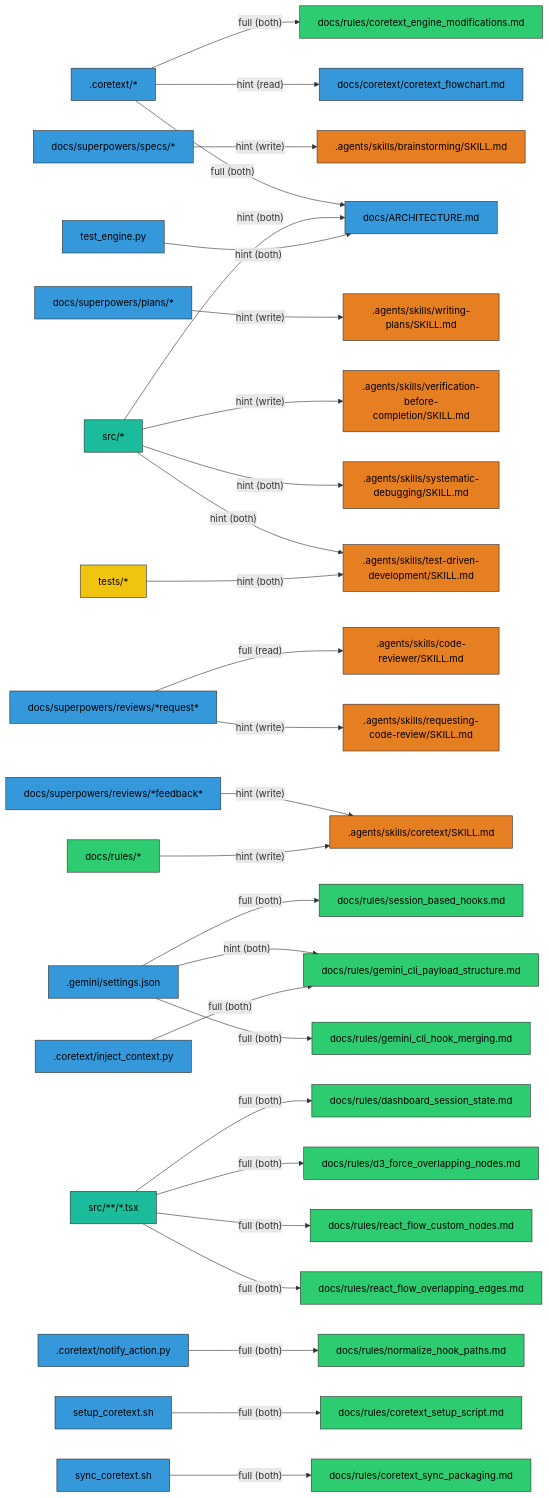
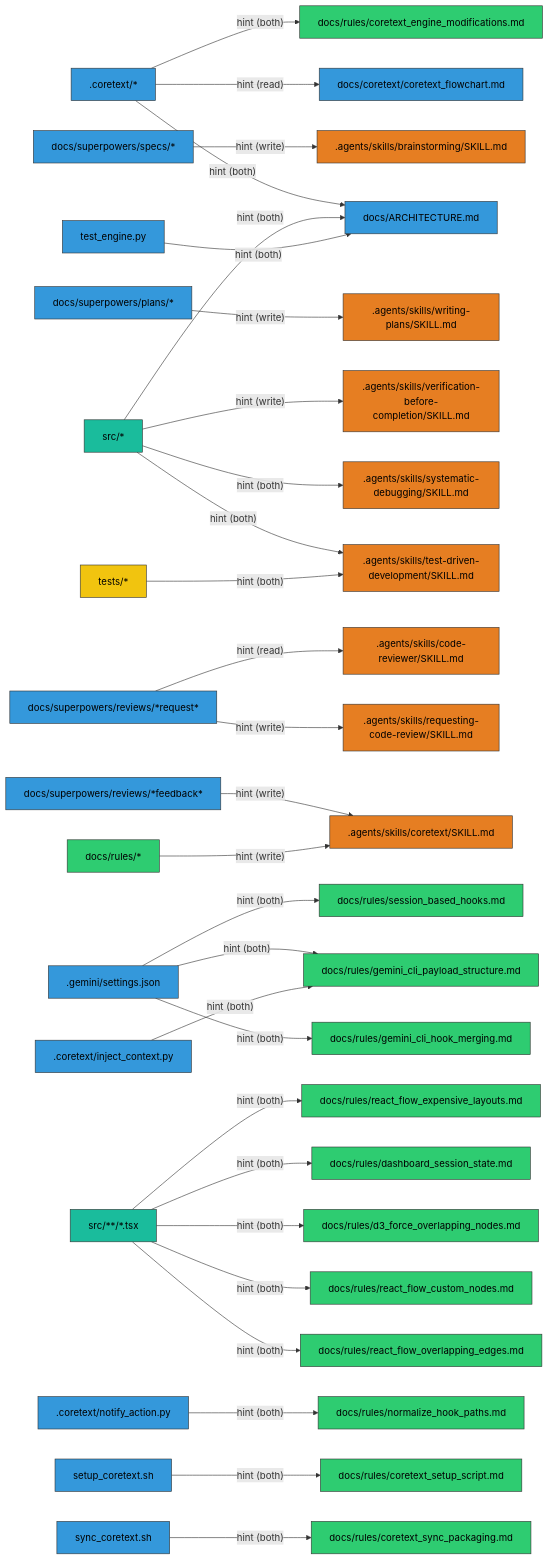
Before and after one commit to coretexthq/coretext: the diagram in docs/coretext/graph.md, drawn with Mermaid. The commit also changed 4 other files, not shown here.

Commit message:
refactor: update graph documentation and initialize session state files for coretext management

````diff
--- a/docs/coretext/graph.md
+++ b/docs/coretext/graph.md
@@ -5,74 +5,76 @@
 ```mermaid
 graph LR
     classDef agents fill:#2c3e50,stroke:#333,stroke-width:1px,color:white;
     classDef skills fill:#e67e22,stroke:#333,stroke-width:1px,color:black;
     classDef docs fill:#3498db,stroke:#333,stroke-width:1px,color:black;
     classDef rules fill:#2ecc71,stroke:#333,stroke-width:1px,color:black;
     classDef templates fill:#9b59b6,stroke:#333,stroke-width:1px,color:white;
     classDef archive fill:#95a5a6,stroke:#333,stroke-width:1px,color:black;
     classDef coretext fill:#e74c3c,stroke:#333,stroke-width:1px,color:white;
     classDef src fill:#1abc9c,stroke:#333,stroke-width:1px,color:black;
     classDef tests fill:#f1c40f,stroke:#333,stroke-width:1px,color:black;
-    _coretext_*[".coretext/*"] -->|"full (both)"| docs_ARCHITECTURE_md["docs/ARCHITECTURE.md"]
+    _coretext_*[".coretext/*"] -->|"hint (both)"| docs_ARCHITECTURE_md["docs/ARCHITECTURE.md"]
     _coretext_*[".coretext/*"] -->|"hint (read)"| docs_coretext_coretext_flowchart_md["docs/coretext/coretext_flowchart.md"]
-    _coretext_*[".coretext/*"] -->|"full (both)"| docs_rules_coretext_engine_modifications_md["docs/rules/coretext_engine_modifications.md"]
+    _coretext_*[".coretext/*"] -->|"hint (both)"| docs_rules_coretext_engine_modifications_md["docs/rules/coretext_engine_modifications.md"]
     docs_superpowers_specs_*["docs/superpowers/specs/*"] -->|"hint (write)"| _agents_skills_brainstorming_SKILL_md[".agents/skills/brainstorming/SKILL.md"]
     docs_superpowers_plans_*["docs/superpowers/plans/*"] -->|"hint (write)"| _agents_skills_writing_plans_SKILL_md[".agents/skills/writing-plans/SKILL.md"]
     src_*["src/*"] -->|"hint (both)"| docs_ARCHITECTURE_md["docs/ARCHITECTURE.md"]
     src_*["src/*"] -->|"hint (both)"| _agents_skills_test_driven_development_SKILL_md[".agents/skills/test-driven-development/SKILL.md"]
     src_*["src/*"] -->|"hint (both)"| _agents_skills_systematic_debugging_SKILL_md[".agents/skills/systematic-debugging/SKILL.md"]
     src_*["src/*"] -->|"hint (write)"| _agents_skills_verification_before_completion_SKILL_md[".agents/skills/verification-before-completion/SKILL.md"]
     tests_*["tests/*"] -->|"hint (both)"| _agents_skills_test_driven_development_SKILL_md[".agents/skills/test-driven-development/SKILL.md"]
     docs_superpowers_reviews_*request*["docs/superpowers/reviews/*request*"] -->|"hint (write)"| _agents_skills_requesting_code_review_SKILL_md[".agents/skills/requesting-code-review/SKILL.md"]
-    docs_superpowers_reviews_*request*["docs/superpowers/reviews/*request*"] -->|"full (read)"| _agents_skills_code_reviewer_SKILL_md[".agents/skills/code-reviewer/SKILL.md"]
+    docs_superpowers_reviews_*request*["docs/superpowers/reviews/*request*"] -->|"hint (read)"| _agents_skills_code_reviewer_SKILL_md[".agents/skills/code-reviewer/SKILL.md"]
     docs_superpowers_reviews_*feedback*["docs/superpowers/reviews/*feedback*"] -->|"hint (write)"| _agents_skills_coretext_SKILL_md[".agents/skills/coretext/SKILL.md"]
     docs_rules_*["docs/rules/*"] -->|"hint (write)"| _agents_skills_coretext_SKILL_md[".agents/skills/coretext/SKILL.md"]
     test_engine_py["test_engine.py"] -->|"hint (both)"| docs_ARCHITECTURE_md["docs/ARCHITECTURE.md"]
     _gemini_settings_json[".gemini/settings.json"] -->|"hint (both)"| docs_rules_gemini_cli_payload_structure_md["docs/rules/gemini_cli_payload_structure.md"]
-    _coretext_inject_context_py[".coretext/inject_context.py"] -->|"full (both)"| docs_rules_gemini_cli_payload_structure_md["docs/rules/gemini_cli_payload_structure.md"]
-    src_**_*_tsx["src/**/*.tsx"] -->|"full (both)"| docs_rules_react_flow_overlapping_edges_md["docs/rules/react_flow_overlapping_edges.md"]
-    src_**_*_tsx["src/**/*.tsx"] -->|"full (both)"| docs_rules_react_flow_custom_nodes_md["docs/rules/react_flow_custom_nodes.md"]
-    src_**_*_tsx["src/**/*.tsx"] -->|"full (both)"| docs_rules_d3_force_overlapping_nodes_md["docs/rules/d3_force_overlapping_nodes.md"]
-    _coretext_notify_action_py[".coretext/notify_action.py"] -->|"full (both)"| docs_rules_normalize_hook_paths_md["docs/rules/normalize_hook_paths.md"]
-    _gemini_settings_json[".gemini/settings.json"] -->|"full (both)"| docs_rules_gemini_cli_hook_merging_md["docs/rules/gemini_cli_hook_merging.md"]
-    _gemini_settings_json[".gemini/settings.json"] -->|"full (both)"| docs_rules_session_based_hooks_md["docs/rules/session_based_hooks.md"]
-    src_**_*_tsx["src/**/*.tsx"] -->|"full (both)"| docs_rules_dashboard_session_state_md["docs/rules/dashboard_session_state.md"]
-    setup_coretext_sh["setup_coretext.sh"] -->|"full (both)"| docs_rules_coretext_setup_script_md["docs/rules/coretext_setup_script.md"]
-    sync_coretext_sh["sync_coretext.sh"] -->|"full (both)"| docs_rules_coretext_sync_packaging_md["docs/rules/coretext_sync_packaging.md"]
+    _coretext_inject_context_py[".coretext/inject_context.py"] -->|"hint (both)"| docs_rules_gemini_cli_payload_structure_md["docs/rules/gemini_cli_payload_structure.md"]
+    src_**_*_tsx["src/**/*.tsx"] -->|"hint (both)"| docs_rules_react_flow_overlapping_edges_md["docs/rules/react_flow_overlapping_edges.md"]
+    src_**_*_tsx["src/**/*.tsx"] -->|"hint (both)"| docs_rules_react_flow_custom_nodes_md["docs/rules/react_flow_custom_nodes.md"]
+    src_**_*_tsx["src/**/*.tsx"] -->|"hint (both)"| docs_rules_d3_force_overlapping_nodes_md["docs/rules/d3_force_overlapping_nodes.md"]
+    _coretext_notify_action_py[".coretext/notify_action.py"] -->|"hint (both)"| docs_rules_normalize_hook_paths_md["docs/rules/normalize_hook_paths.md"]
+    _gemini_settings_json[".gemini/settings.json"] -->|"hint (both)"| docs_rules_gemini_cli_hook_merging_md["docs/rules/gemini_cli_hook_merging.md"]
+    _gemini_settings_json[".gemini/settings.json"] -->|"hint (both)"| docs_rules_session_based_hooks_md["docs/rules/session_based_hooks.md"]
+    src_**_*_tsx["src/**/*.tsx"] -->|"hint (both)"| docs_rules_dashboard_session_state_md["docs/rules/dashboard_session_state.md"]
+    setup_coretext_sh["setup_coretext.sh"] -->|"hint (both)"| docs_rules_coretext_setup_script_md["docs/rules/coretext_setup_script.md"]
+    sync_coretext_sh["sync_coretext.sh"] -->|"hint (both)"| docs_rules_coretext_sync_packaging_md["docs/rules/coretext_sync_packaging.md"]
+    src_**_*_tsx["src/**/*.tsx"] -->|"hint (both)"| docs_rules_react_flow_expensive_layouts_md["docs/rules/react_flow_expensive_layouts.md"]
+    class docs_rules_react_flow_custom_nodes_md rules
+    class _agents_skills_code_reviewer_SKILL_md skills
+    class docs_superpowers_reviews_*feedback* docs
+    class docs_coretext_coretext_flowchart_md docs
+    class test_engine_py docs
+    class src_**_*_tsx src
+    class docs_rules_react_flow_overlapping_edges_md rules
+    class _agents_skills_systematic_debugging_SKILL_md skills
+    class _agents_skills_coretext_SKILL_md skills
+    class docs_superpowers_plans_* docs
+    class docs_rules_session_based_hooks_md rules
+    class docs_superpowers_specs_* docs
+    class docs_rules_react_flow_expensive_layouts_md rules
+    class _agents_skills_requesting_code_review_SKILL_md skills
+    class docs_rules_coretext_sync_packaging_md rules
+    class _agents_skills_verification_before_completion_SKILL_md skills
+    class _coretext_notify_action_py docs
+    class _agents_skills_test_driven_development_SKILL_md skills
+    class setup_coretext_sh docs
+    class tests_* tests
+    class src_* src
+    class _coretext_inject_context_py docs
+    class docs_rules_normalize_hook_paths_md rules
+    class docs_rules_coretext_setup_script_md rules
+    class _agents_skills_writing_plans_SKILL_md skills
+    class docs_superpowers_reviews_*request* docs
     class docs_rules_coretext_engine_modifications_md rules
-    class docs_superpowers_reviews_*feedback* docs
-    class docs_rules_coretext_setup_script_md rules
-    class setup_coretext_sh docs
-    class src_* src
-    class docs_rules_normalize_hook_paths_md rules
+    class docs_rules_gemini_cli_hook_merging_md rules
+    class docs_rules_dashboard_session_state_md rules
+    class sync_coretext_sh docs
+    class _agents_skills_brainstorming_SKILL_md skills
+    class docs_rules_* rules
+    class docs_ARCHITECTURE_md docs
     class _coretext_* docs
-    class _agents_skills_verification_before_completion_SKILL_md skills
-    class docs_superpowers_plans_* docs
     class _gemini_settings_json docs
-    class docs_superpowers_reviews_*request* docs
-    class docs_rules_coretext_sync_packaging_md rules
-    class test_engine_py docs
-    class docs_rules_react_flow_overlapping_edges_md rules
+    class docs_rules_gemini_cli_payload_structure_md rules
     class docs_rules_d3_force_overlapping_nodes_md rules
-    class _agents_skills_code_reviewer_SKILL_md skills
-    class sync_coretext_sh docs
-    class docs_rules_* rules
-    class docs_rules_session_based_hooks_md rules
-    class _agents_skills_writing_plans_SKILL_md skills
-    class _coretext_inject_context_py docs
-    class _agents_skills_test_driven_development_SKILL_md skills
-    class _agents_skills_brainstorming_SKILL_md skills
-    class docs_rules_react_flow_custom_nodes_md rules
-    class docs_rules_gemini_cli_payload_structure_md rules
-    class _coretext_notify_action_py docs
-    class docs_rules_gemini_cli_hook_merging_md rules
-    class tests_* tests
-    class docs_rules_dashboard_session_state_md rules
-    class docs_coretext_coretext_flowchart_md docs
-    class _agents_skills_systematic_debugging_SKILL_md skills
-    class docs_ARCHITECTURE_md docs
-    class src_**_*_tsx src
-    class _agents_skills_coretext_SKILL_md skills
-    class docs_superpowers_specs_* docs
-    class _agents_skills_requesting_code_review_SKILL_md skills
 ```
````
